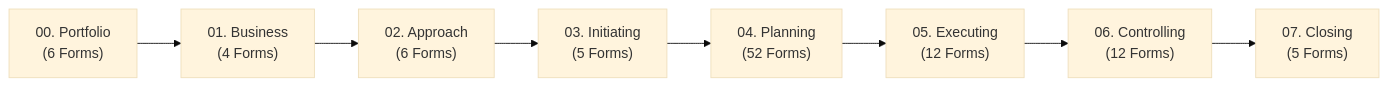
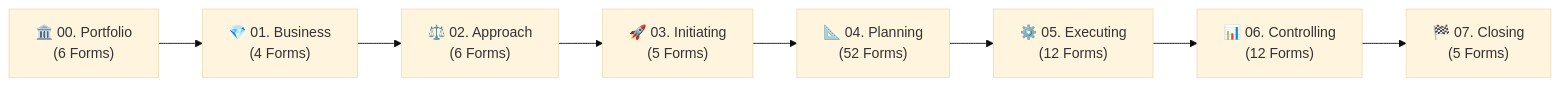
One commit to fakhruldeen/Tasleemat changed the first of 2 diagrams in README.md. Above: the diagram before and after it, drawn with Mermaid (base theme). The commit also changed other lines of this file and 1 other file, not shown here.

````diff
--- a/README.md
+++ b/README.md
@@ -56,10 +101,10 @@
 ```mermaid
 flowchart LR
-    P0["00. Portfolio<br/>(6 Forms)"] --> P1["01. Business<br/>(4 Forms)"]
-    P1 --> P2["02. Approach<br/>(6 Forms)"]
-    P2 --> P3["03. Initiating<br/>(5 Forms)"]
-    P3 --> P4["04. Planning<br/>(52 Forms)"]
-    P4 --> P5["05. Executing<br/>(12 Forms)"]
-    P5 --> P6["06. Controlling<br/>(12 Forms)"]
-    P6 --> P7["07. Closing<br/>(5 Forms)"]
+    P0["🏛️ 00. Portfolio<br/>(6 Forms)"] --> P1["💎 01. Business<br/>(4 Forms)"]
+    P1 --> P2["⚖️ 02. Approach<br/>(6 Forms)"]
+    P2 --> P3["🚀 03. Initiating<br/>(5 Forms)"]
+    P3 --> P4["📐 04. Planning<br/>(52 Forms)"]
+    P4 --> P5["⚙️ 05. Executing<br/>(12 Forms)"]
+    P5 --> P6["📊 06. Controlling<br/>(12 Forms)"]
+    P6 --> P7["🏁 07. Closing<br/>(5 Forms)"]
 ```
````
